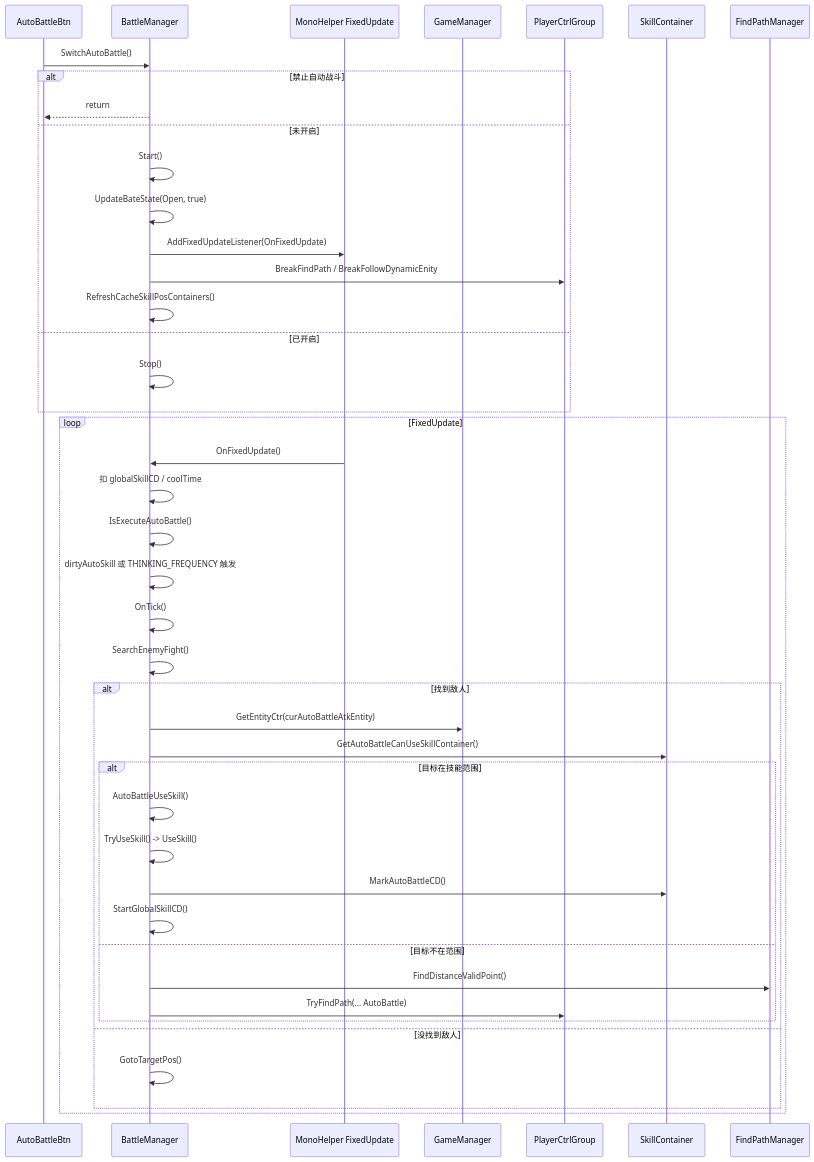
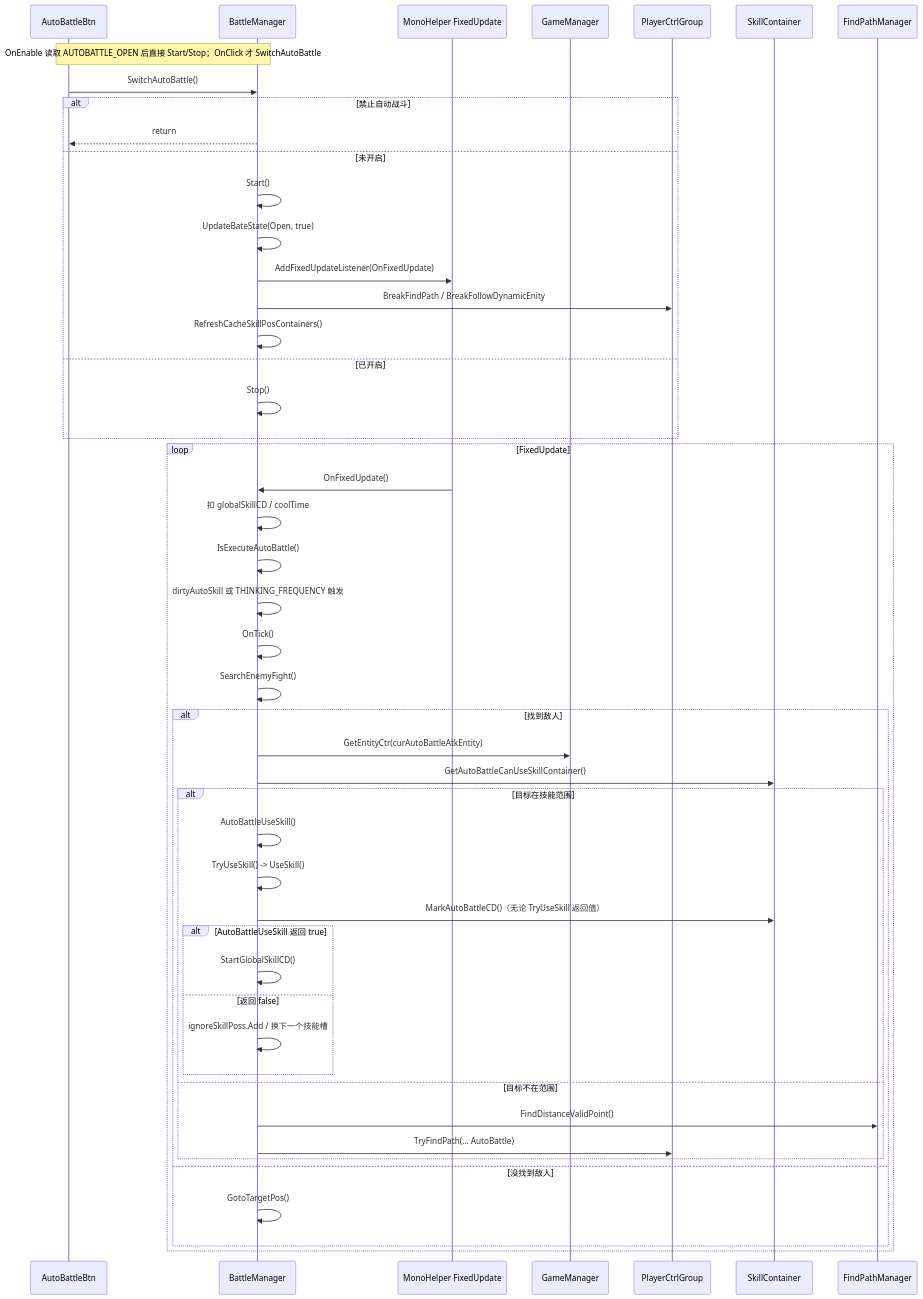
Before and after one commit to BoyLei/Stars: the second of 2 diagrams in diagrams/battle/FLOW_AUTO_BATTLE_DETAILED.md, drawn with Mermaid. The commit also changed other lines of this file and 135 other files, not shown here.

Commit message:
Refactor Stars client module and startup flow

````diff
--- a/diagrams/battle/FLOW_AUTO_BATTLE_DETAILED.md
+++ b/diagrams/battle/FLOW_AUTO_BATTLE_DETAILED.md
@@ -101,47 +109,52 @@
 ```mermaid
 sequenceDiagram
     participant Btn as AutoBattleBtn
     participant BM as BattleManager
     participant Mono as MonoHelper FixedUpdate
     participant GM as GameManager
     participant PCG as PlayerCtrlGroup
     participant Skill as SkillContainer
     participant Find as FindPathManager
 
+    Note over Btn,BM: OnEnable 读取 AUTOBATTLE_OPEN 后直接 Start/Stop；OnClick 才 SwitchAutoBattle
     Btn->>BM: SwitchAutoBattle()
     alt 禁止自动战斗
         BM-->>Btn: return
     else 未开启
         BM->>BM: Start()
         BM->>BM: UpdateBateState(Open, true)
         BM->>Mono: AddFixedUpdateListener(OnFixedUpdate)
         BM->>PCG: BreakFindPath / BreakFollowDynamicEnity
         BM->>BM: RefreshCacheSkillPosContainers()
     else 已开启
         BM->>BM: Stop()
     end
 
     loop FixedUpdate
         Mono->>BM: OnFixedUpdate()
         BM->>BM: 扣 globalSkillCD / coolTime
         BM->>BM: IsExecuteAutoBattle()
         BM->>BM: dirtyAutoSkill 或 THINKING_FREQUENCY 触发
         BM->>BM: OnTick()
         BM->>BM: SearchEnemyFight()
         alt 找到敌人
             BM->>GM: GetEntityCtr(curAutoBattleAtkEntity)
             BM->>Skill: GetAutoBattleCanUseSkillContainer()
             alt 目标在技能范围
                 BM->>BM: AutoBattleUseSkill()
                 BM->>BM: TryUseSkill() -> UseSkill()
-                BM->>Skill: MarkAutoBattleCD()
-                BM->>BM: StartGlobalSkillCD()
+                BM->>Skill: MarkAutoBattleCD()（无论 TryUseSkill 返回值）
+                alt AutoBattleUseSkill 返回 true
+                    BM->>BM: StartGlobalSkillCD()
+                else 返回 false
+                    BM->>BM: ignoreSkillPoss.Add / 换下一个技能槽
+                end
             else 目标不在范围
                 BM->>Find: FindDistanceValidPoint()
                 BM->>PCG: TryFindPath(... AutoBattle)
             end
         else 没找到敌人
             BM->>BM: GotoTargetPos()
         end
     end
 ```
````
